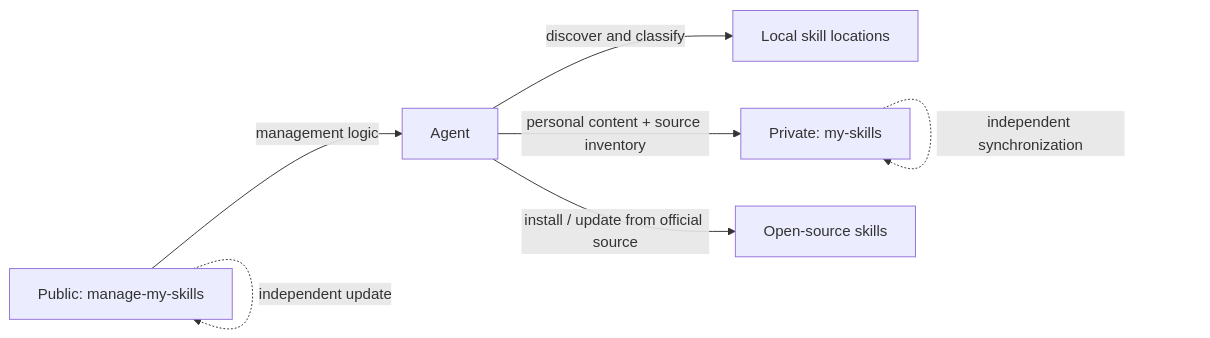
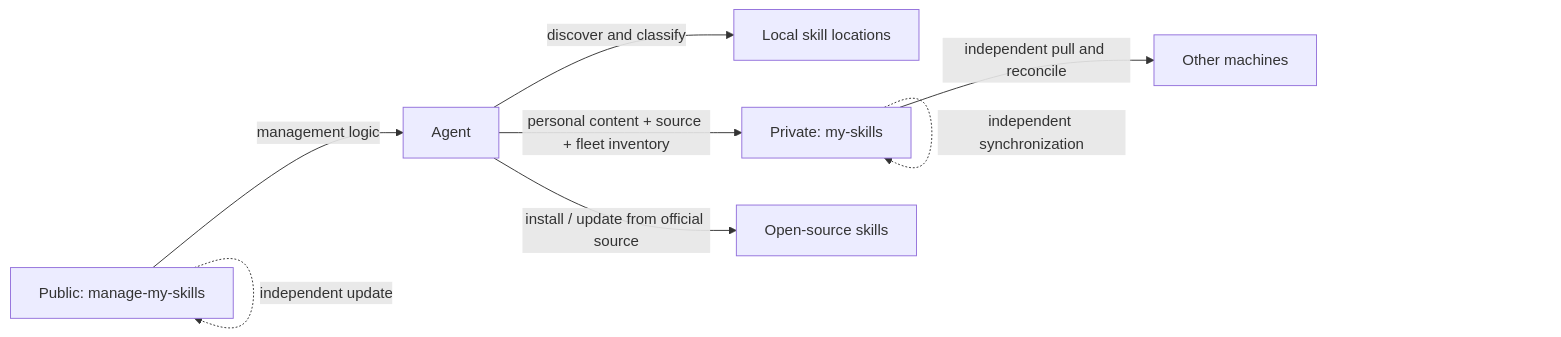
The diagram in README.md (Pursuer-Hsf/manage-my-skills), drawn with Mermaid before and after one commit. The commit also changed other lines of this file and 13 other files, not shown here.

````diff
--- a/README.md
+++ b/README.md
@@ -75,9 +75,10 @@
 ```mermaid
 flowchart LR
     A["Public: manage-my-skills"] -->|"management logic"| B["Agent"]
     B -->|"discover and classify"| C["Local skill locations"]
-    B -->|"personal content + source inventory"| D["Private: my-skills"]
+    B -->|"personal content + source + fleet inventory"| D["Private: my-skills"]
     B -->|"install / update from official source"| E["Open-source skills"]
+    D -->|"independent pull and reconcile"| F["Other machines"]
     A -. "independent update" .-> A
     D -. "independent synchronization" .-> D
 ```
````
